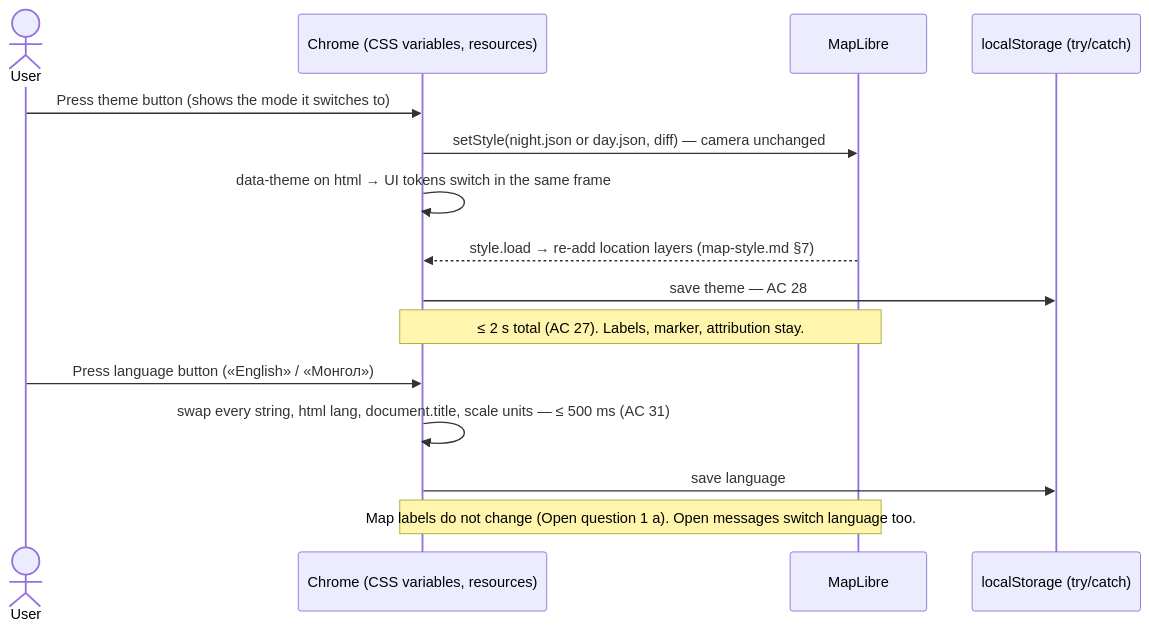
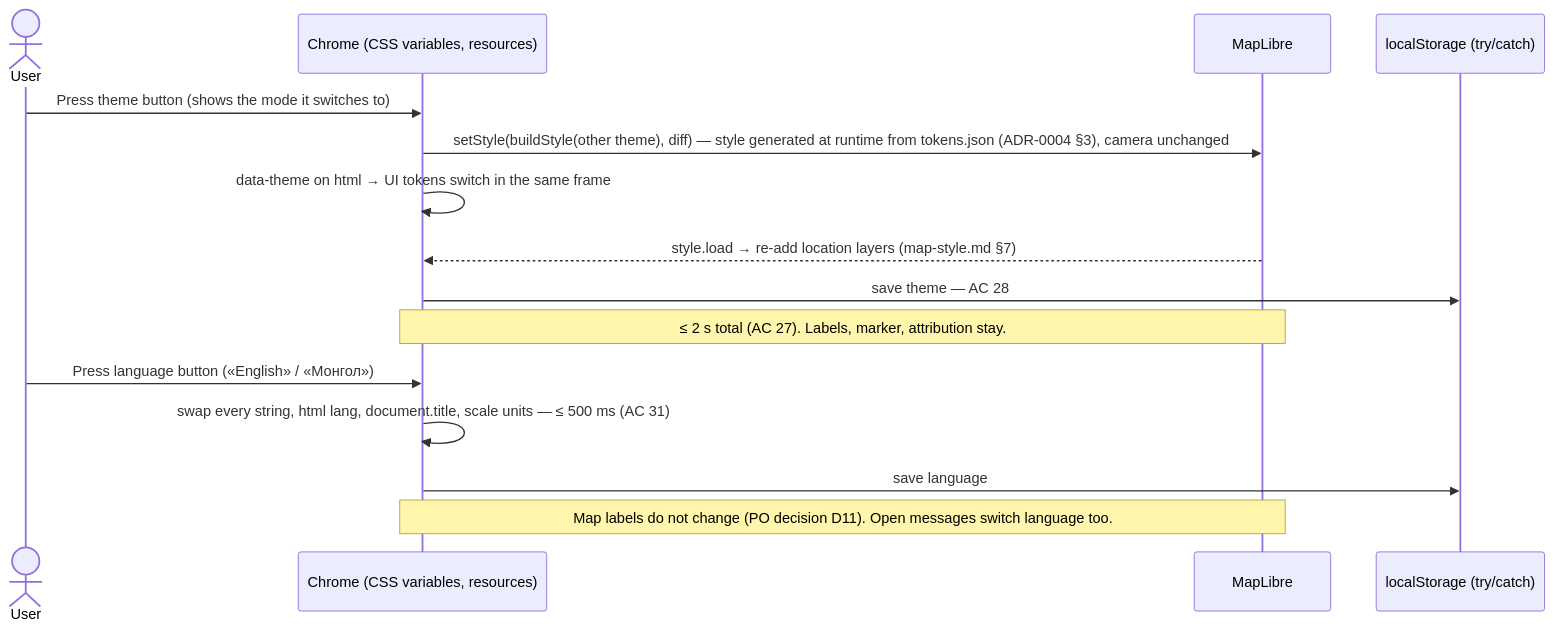
The fourth of 5 diagrams in docs/design/flows/NAV-002-web-demo-map.md (Uranbold/test.github.io), drawn with Mermaid before and after one commit. The commit also changed other lines of this file and 35 other files, not shown here.

First line of the commit message:
Fixes round WIP: backend, web, design, requirements and architecture updates (verification pending)

````diff
--- a/docs/design/flows/NAV-002-web-demo-map.md
+++ b/docs/design/flows/NAV-002-web-demo-map.md
@@ -110,17 +109,17 @@
 ```mermaid
 sequenceDiagram
     actor U as User
     participant UI as Chrome (CSS variables, resources)
     participant M as MapLibre
     participant S as localStorage (try/catch)
     U->>UI: Press theme button (shows the mode it switches to)
-    UI->>M: setStyle(night.json or day.json, diff) — camera unchanged
+    UI->>M: setStyle(buildStyle(other theme), diff) — style generated at runtime from tokens.json (ADR-0004 §3), camera unchanged
     UI->>UI: data-theme on html → UI tokens switch in the same frame
     M-->>UI: style.load → re-add location layers (map-style.md §7)
     UI->>S: save theme — AC 28
     Note over UI,M: ≤ 2 s total (AC 27). Labels, marker, attribution stay.
     U->>UI: Press language button («English» / «Монгол»)
     UI->>UI: swap every string, html lang, document.title, scale units — ≤ 500 ms (AC 31)
     UI->>S: save language
-    Note over UI,M: Map labels do not change (Open question 1 a). Open messages switch language too.
+    Note over UI,M: Map labels do not change (PO decision D11). Open messages switch language too.
 ```
````
